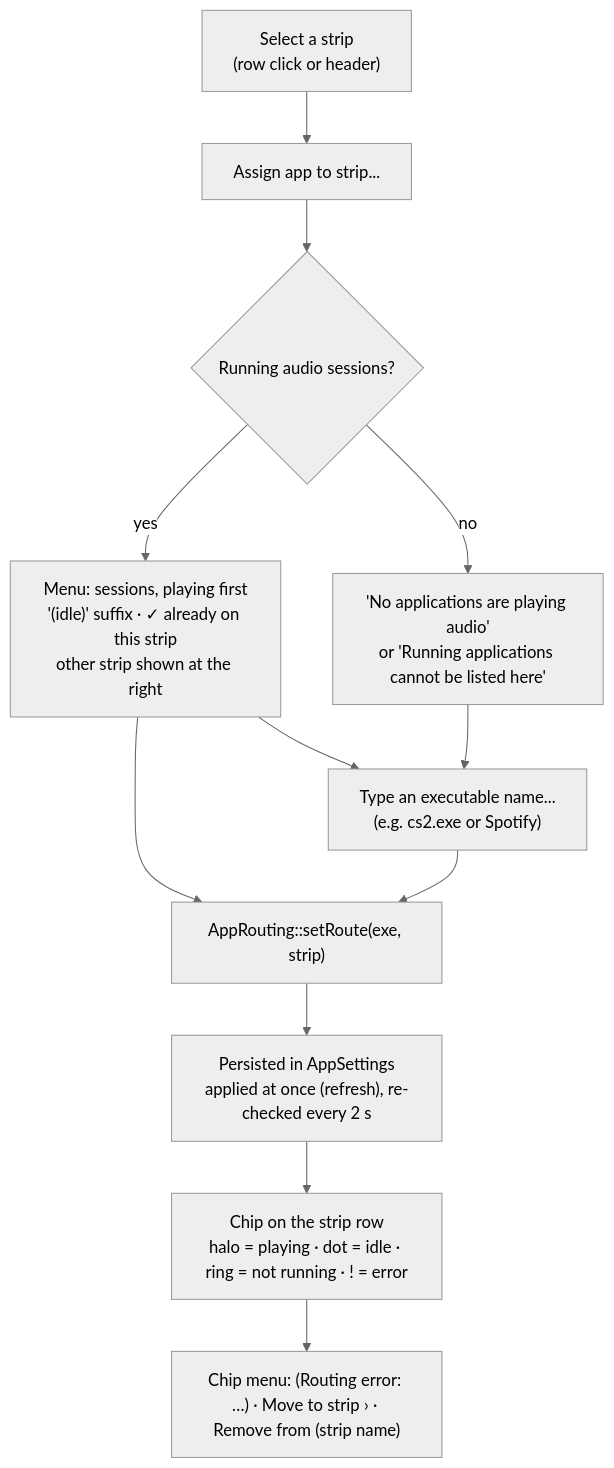
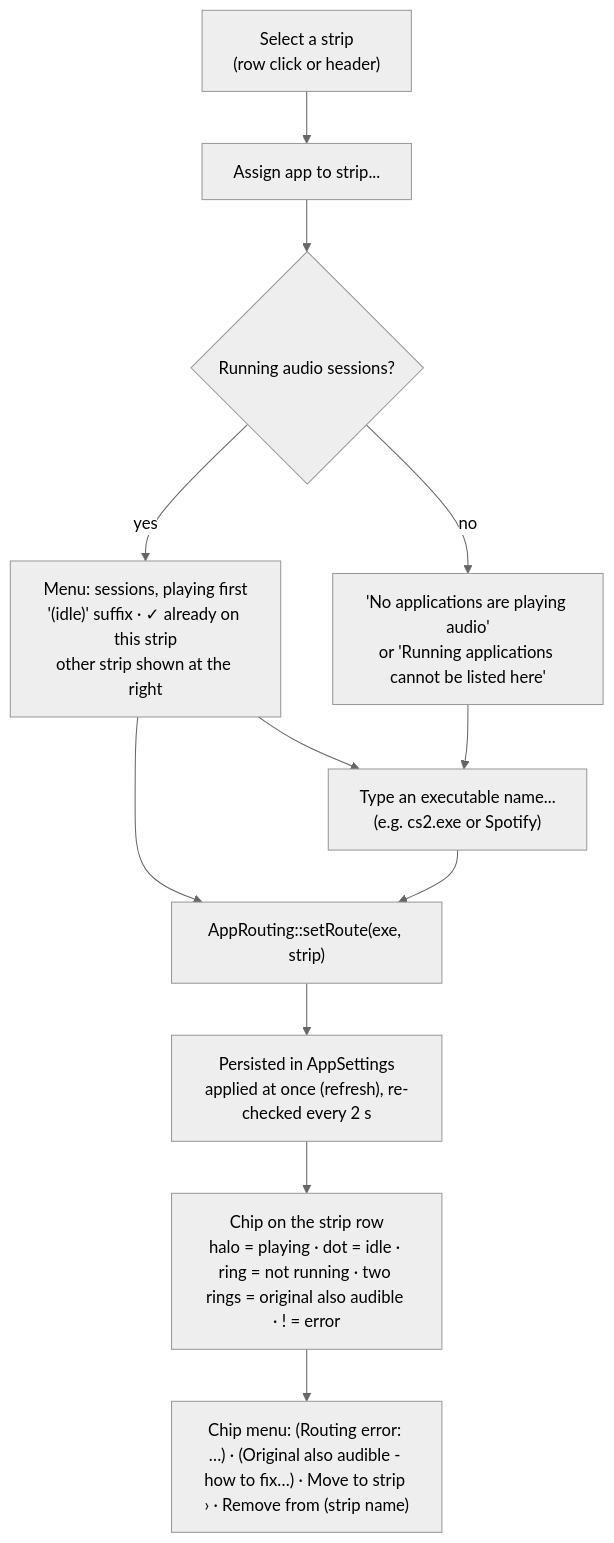
One commit to flubydooby-creator/Flubsound changed the second of 2 diagrams in docs/06-gui.md. Above: the diagram before and after it, drawn with Mermaid (neutral theme). The commit also changed other lines of this file and 47 other files, not shown here.

````diff
--- a/docs/06-gui.md
+++ b/docs/06-gui.md
@@ -1254,14 +1255,14 @@
 ```mermaid
 flowchart TD
     S["Select a strip<br/>(row click or header)"] --> A["Assign app to strip..."]
     A --> M{"Running audio sessions?"}
     M -->|yes| L["Menu: sessions, playing first<br/>'(idle)' suffix · ✓ already on this strip<br/>other strip shown at the right"]
     M -->|no| N["'No applications are playing audio'<br/>or 'Running applications cannot be listed here'"]
     L --> R["AppRouting::setRoute(exe, strip)"]
     N --> T["Type an executable name...<br/>(e.g. cs2.exe or Spotify)"]
     L --> T
     T --> R
     R --> P["Persisted in AppSettings<br/>applied at once (refresh), re-checked every 2 s"]
-    P --> C["Chip on the strip row<br/>halo = playing · dot = idle · ring = not running · ! = error"]
-    C --> X["Chip menu: (Routing error: …) · Move to strip › · Remove from (strip name)"]
+    P --> C["Chip on the strip row<br/>halo = playing · dot = idle · ring = not running · two rings = original also audible · ! = error"]
+    C --> X["Chip menu: (Routing error: …) · (Original also audible - how to fix…) · Move to strip › · Remove from (strip name)"]
 ```
````
